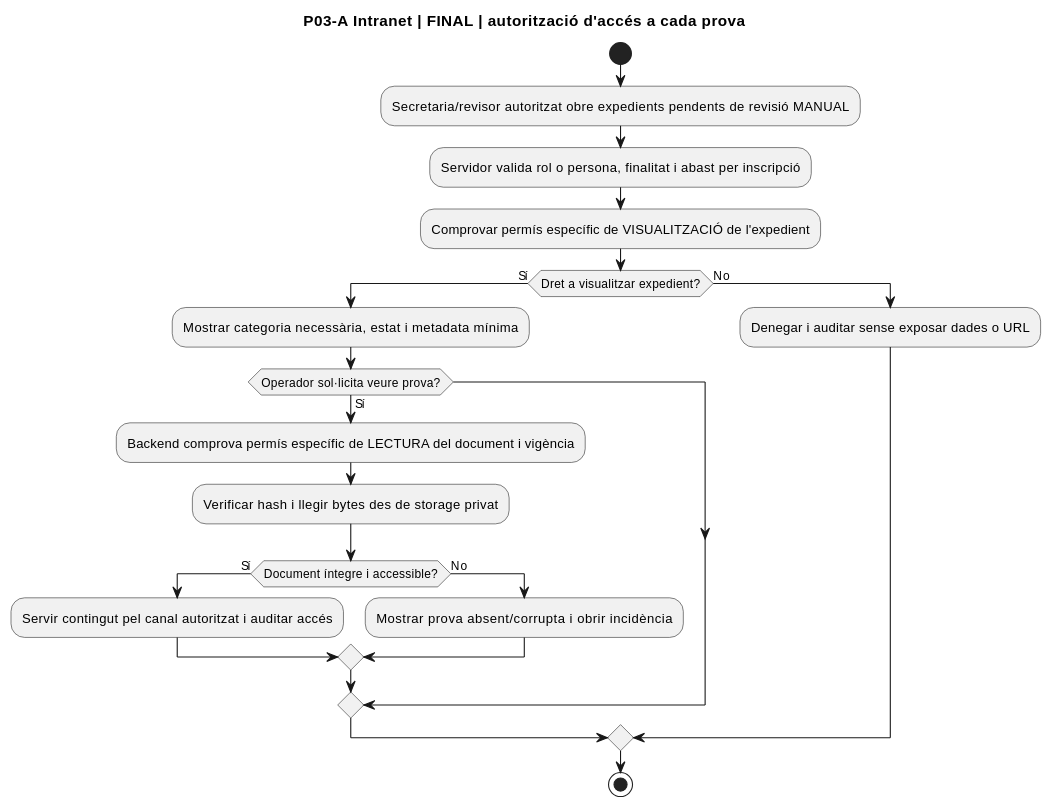
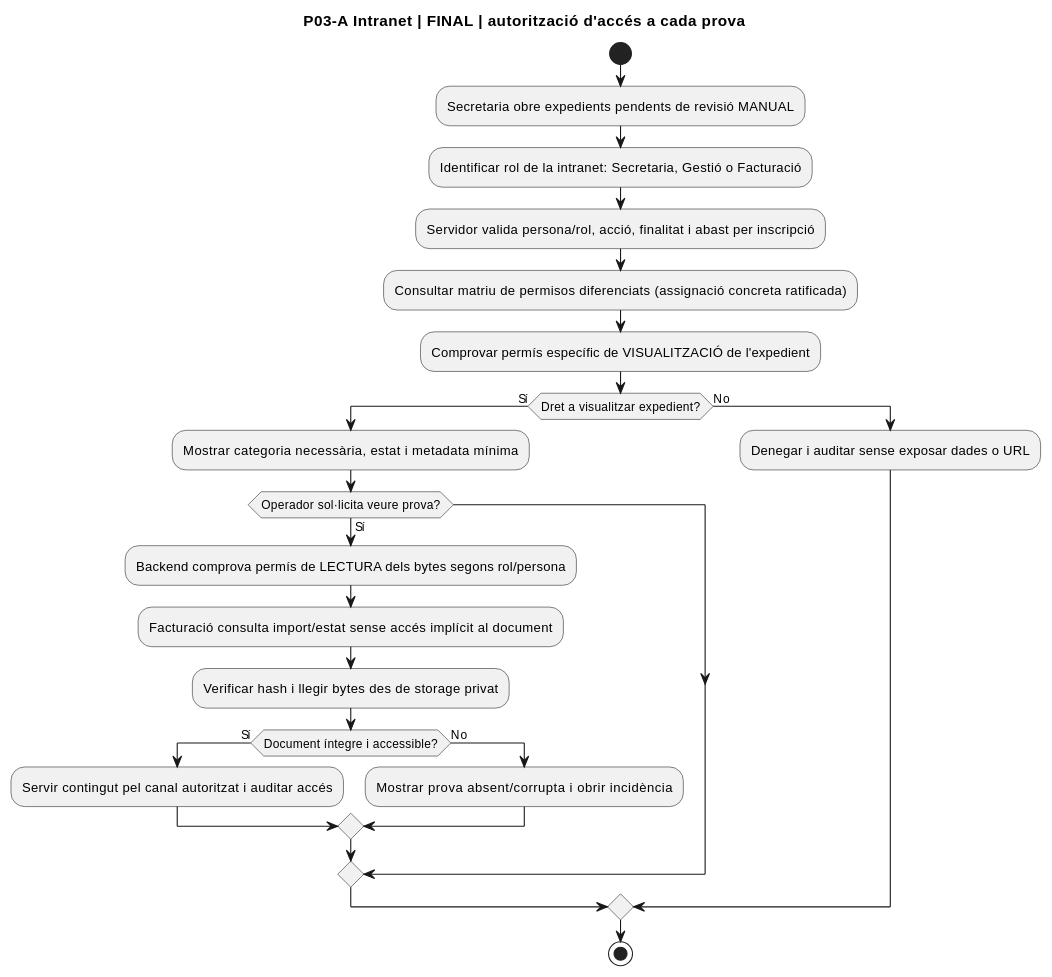
One commit to orgmeriemprismacat-del/verifactu changed the eighth of 10 diagrams in documentacio/07-uml-integrat/uc-116-activitats-pagines-justificants-actual-final.md. Above: the diagram before and after it, drawn with PlantUML. The commit also changed other lines of this file, not shown here.

````diff
--- a/documentacio/07-uml-integrat/uc-116-activitats-pagines-justificants-actual-final.md
+++ b/documentacio/07-uml-integrat/uc-116-activitats-pagines-justificants-actual-final.md
@@ -225,24 +225,27 @@
 ```plantuml
 @startuml
 title P03-A Intranet | FINAL | autorització d'accés a cada prova
 start
-:Secretaria/revisor autoritzat obre expedients pendents de revisió MANUAL;
-:Servidor valida rol o persona, finalitat i abast per inscripció;
+:Secretaria obre expedients pendents de revisió MANUAL;
+:Identificar rol de la intranet: Secretaria, Gestió o Facturació;
+:Servidor valida persona/rol, acció, finalitat i abast per inscripció;
+:Consultar matriu de permisos diferenciats (assignació concreta ratificada);
 :Comprovar permís específic de VISUALITZACIÓ de l'expedient;
 if (Dret a visualitzar expedient?) then (Sí)
  :Mostrar categoria necessària, estat i metadata mínima;
  if (Operador sol·licita veure prova?) then (Sí)
-  :Backend comprova permís específic de LECTURA del document i vigència;
+  :Backend comprova permís de LECTURA dels bytes segons rol/persona;
+:Facturació consulta import/estat sense accés implícit al document;
   :Verificar hash i llegir bytes des de storage privat;
   if (Document íntegre i accessible?) then (Sí)
    :Servir contingut pel canal autoritzat i auditar accés;
   else (No)
    :Mostrar prova absent/corrupta i obrir incidència;
   endif
  endif
 else (No)
  :Denegar i auditar sense exposar dades o URL;
 endif
 stop
 @enduml
 ```
````
